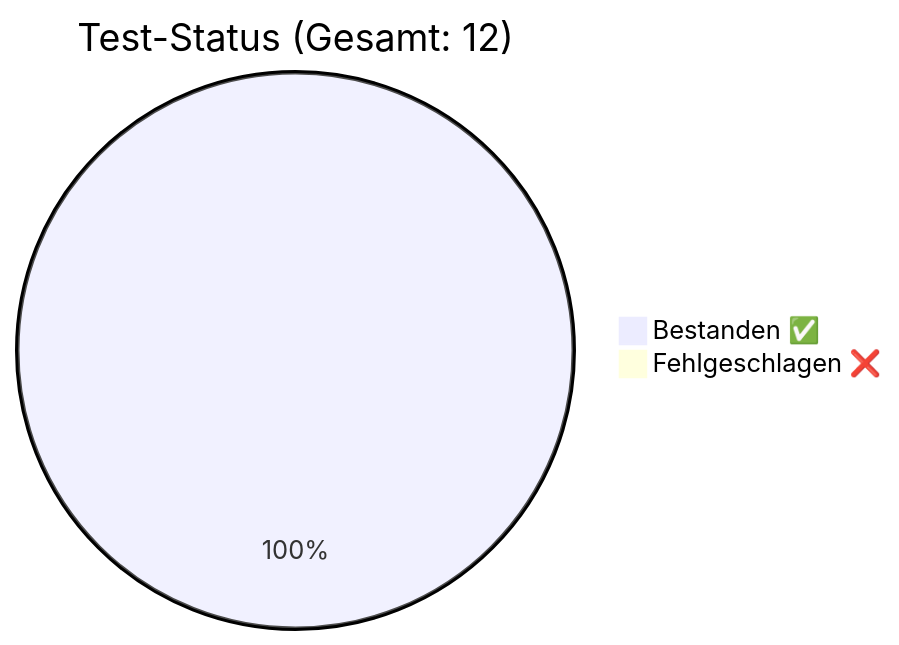
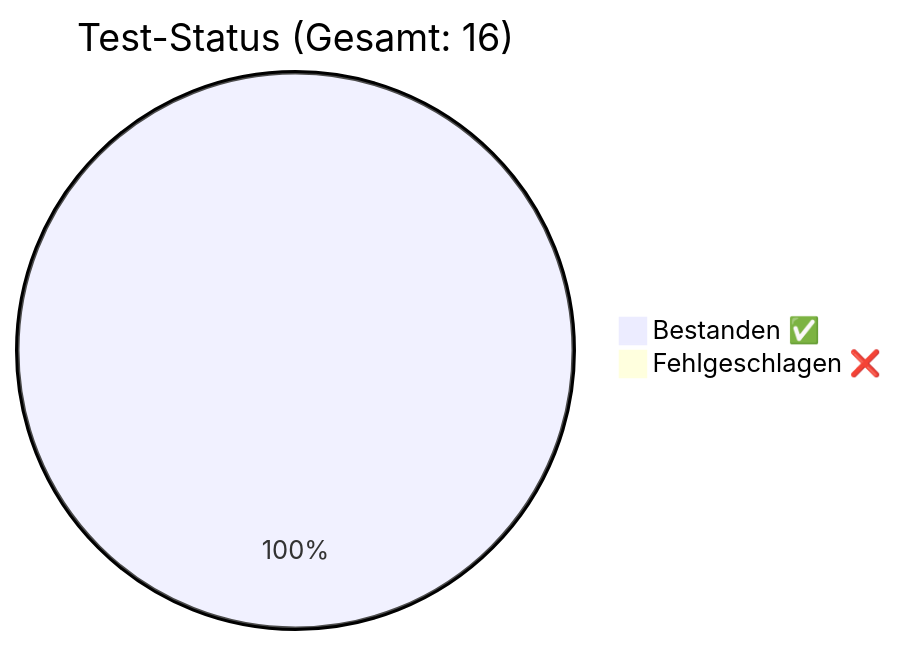
Before and after one commit to rorila/GCS: the diagram in docs/QA_Report.md, drawn with Mermaid. The commit also changed other lines of this file and 21 other files, not shown here.

````diff
--- a/docs/QA_Report.md
+++ b/docs/QA_Report.md
@@ -7,5 +7,5 @@
 ```mermaid
-pie title Test-Status (Gesamt: 12)
-    "Bestanden ✅" : 12
+pie title Test-Status (Gesamt: 16)
+    "Bestanden ✅" : 16
     "Fehlgeschlagen ❌" : 0
 ```
````
